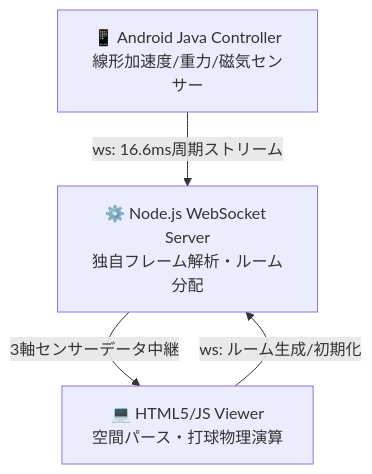
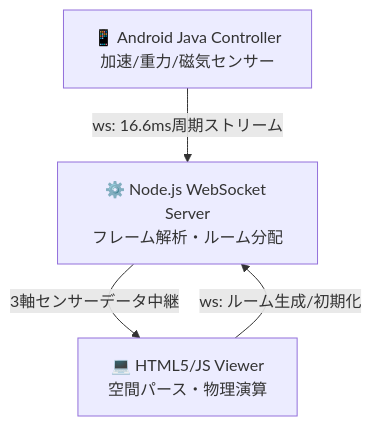
Before and after one commit to yabusan2-dot/BattingGame: the diagram in README.md, drawn with Mermaid.

Commit message:
README更新
文字修正

````diff
--- a/README.md
+++ b/README.md
@@ -18,6 +18,6 @@
 ```mermaid
 graph TD
-    A[📱 Android Java Controller<br>線形加速度/重力/磁気センサー] -- ws: 16.6ms周期ストリーム --> B[⚙️ Node.js WebSocket Server<br>独自フレーム解析・ルーム分配]
-    C[💻 HTML5/JS Viewer<br>空間パース・打球物理演算] -- ws: ルーム生成/初期化 --> B
+    A[📱 Android Java Controller<br>加速/重力/磁気センサー] -- ws: 16.6ms周期ストリーム --> B[⚙️ Node.js WebSocket Server<br>フレーム解析・ルーム分配]
+    C[💻 HTML5/JS Viewer<br>空間パース・物理演算] -- ws: ルーム生成/初期化 --> B
     B -- 3軸センサーデータ中継 --> C
 ```
````
